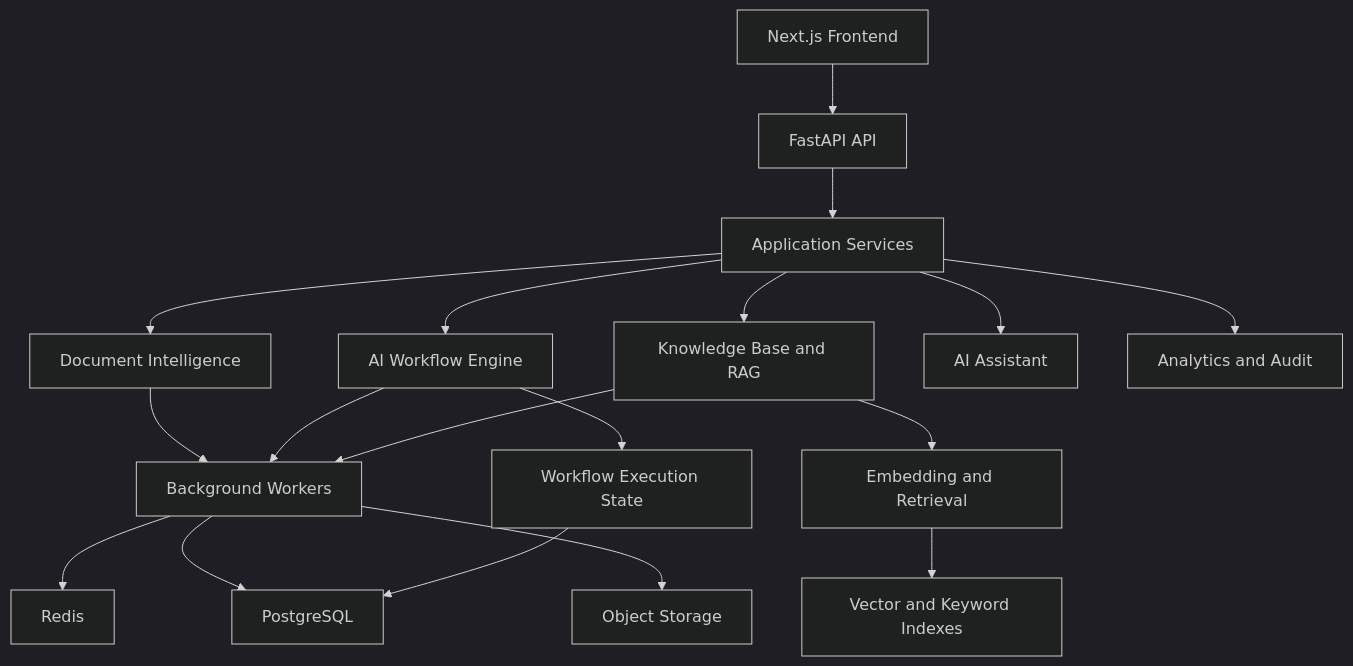
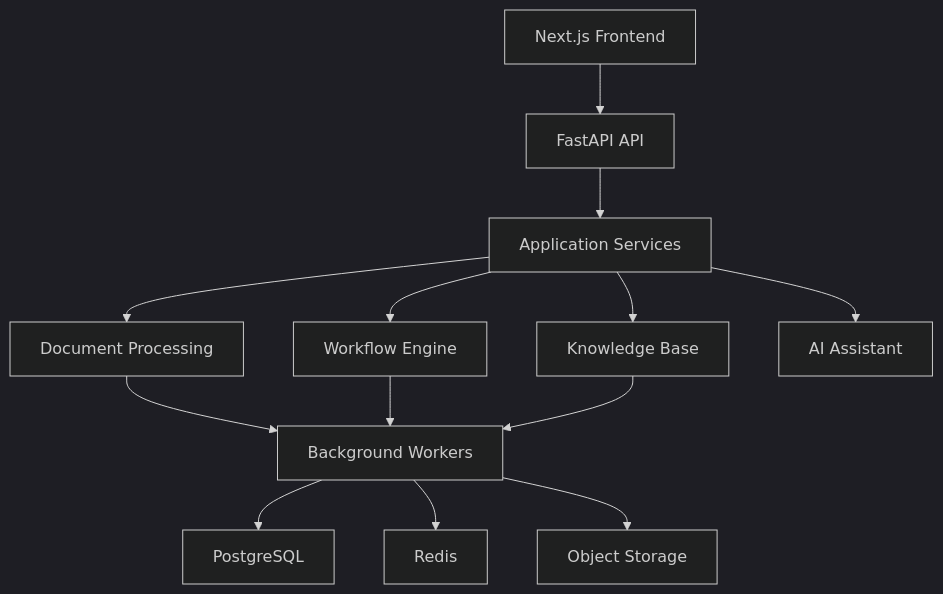
Diagram 12 of 14 in README.md (garimakumari44/enterprize_ai), drawn with Mermaid (dark theme) before and after one commit. The commit also changed other lines of this file, not shown here.

Commit message:
Update README with architecture and platform documentation

````diff
--- a/README.md
+++ b/README.md
@@ -544,26 +472,18 @@
 ```mermaid
 flowchart TD
     A[Next.js Frontend] --> B[FastAPI API]
-
     B --> C[Application Services]
 
-    C --> D[Document Intelligence]
-    C --> E[AI Workflow Engine]
-    C --> F[Knowledge Base and RAG]
+    C --> D[Document Processing]
+    C --> E[Workflow Engine]
+    C --> F[Knowledge Base]
     C --> G[AI Assistant]
-    C --> H[Analytics and Audit]
 
-    D --> I[Background Workers]
-    E --> I
-    F --> I
+    D --> H[Background Workers]
+    E --> H
+    F --> H
 
-    I --> J[Redis]
-    I --> K[PostgreSQL]
-    I --> L[Object Storage]
-
-    F --> M[Embedding and Retrieval]
-    M --> N[Vector and Keyword Indexes]
-
-    E --> O[Workflow Execution State]
-    O --> K
+    H --> I[PostgreSQL]
+    H --> J[Redis]
+    H --> K[Object Storage]
 ```
````
